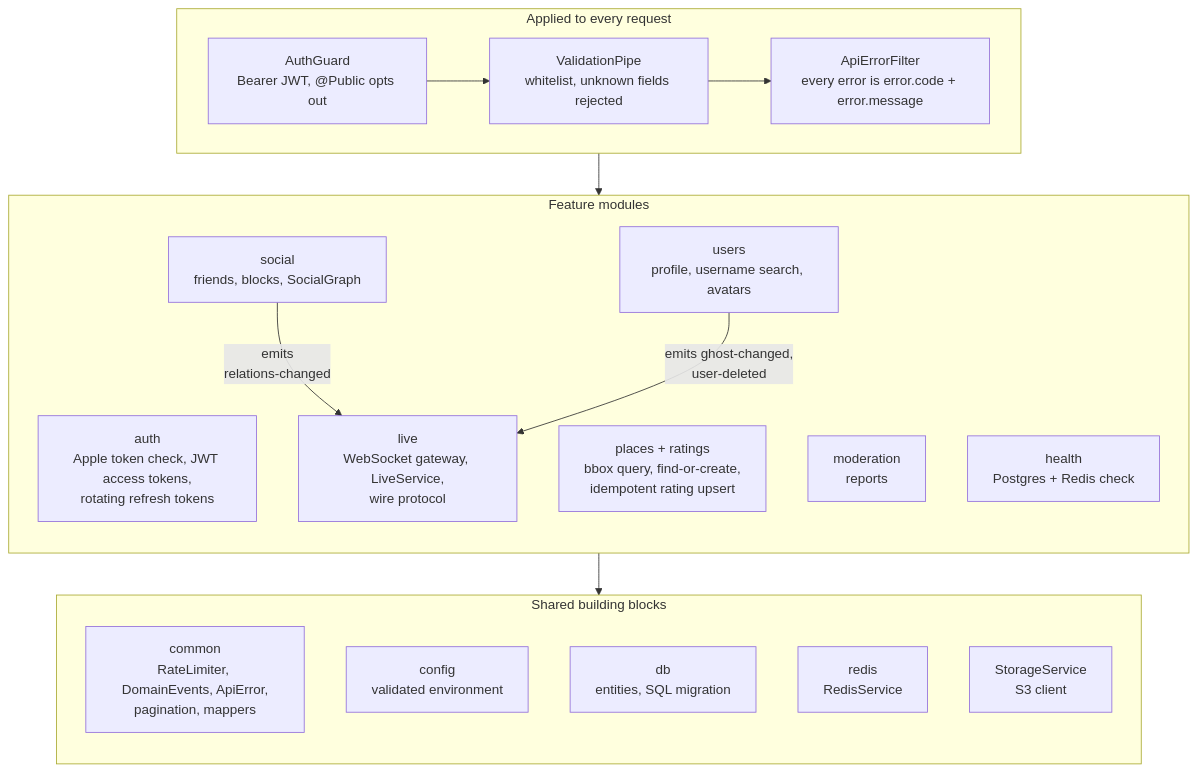
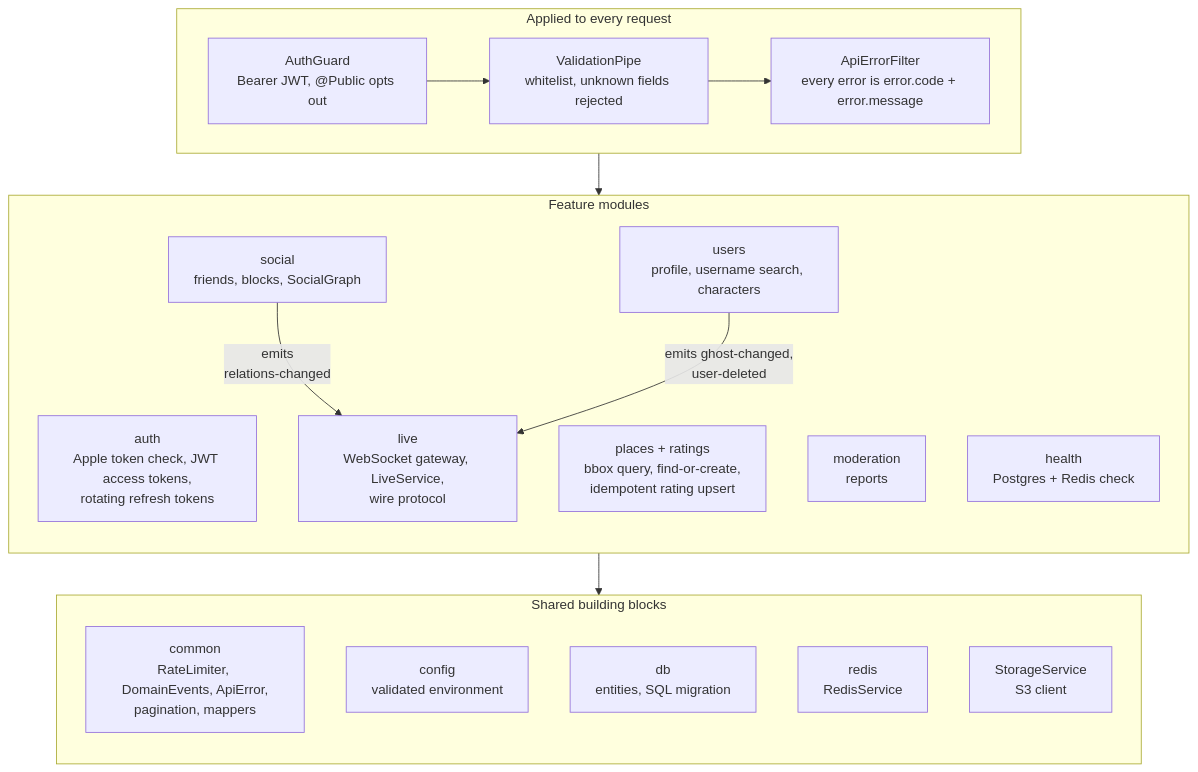
One commit to CompleteGlory/Stoop-api changed the second of 8 diagrams in README.md. Above: the diagram before and after it, drawn with Mermaid. The commit also changed other lines of this file and 39 other files, not shown here.

````diff
--- a/README.md
+++ b/README.md
@@ -61,32 +61,32 @@
 ```mermaid
 flowchart TB
     subgraph global["Applied to every request"]
         direction LR
         guard["AuthGuard<br/>Bearer JWT, @Public opts out"] --> pipe["ValidationPipe<br/>whitelist, unknown fields rejected"] --> filter["ApiErrorFilter<br/>every error is error.code + error.message"]
     end
 
     subgraph feature["Feature modules"]
         direction TB
         auth["auth<br/>Apple token check, JWT access tokens,<br/>rotating refresh tokens"]
-        users["users<br/>profile, username search, avatars"]
+        users["users<br/>profile, username search, characters"]
         places["places + ratings<br/>bbox query, find-or-create,<br/>idempotent rating upsert"]
         social["social<br/>friends, blocks, SocialGraph"]
         moderation["moderation<br/>reports"]
         live["live<br/>WebSocket gateway, LiveService,<br/>wire protocol"]
         health["health<br/>Postgres + Redis check"]
     end
 
     subgraph shared["Shared building blocks"]
         direction TB
         common["common<br/>RateLimiter, DomainEvents, ApiError,<br/>pagination, mappers"]
         config["config<br/>validated environment"]
         db["db<br/>entities, SQL migration"]
         redisSvc["redis<br/>RedisService"]
         storage["StorageService<br/>S3 client"]
     end
 
     global --> feature
     feature --> shared
     social -- "emits<br/>relations-changed" --> live
     users -- "emits ghost-changed,<br/>user-deleted" --> live
 ```
````
